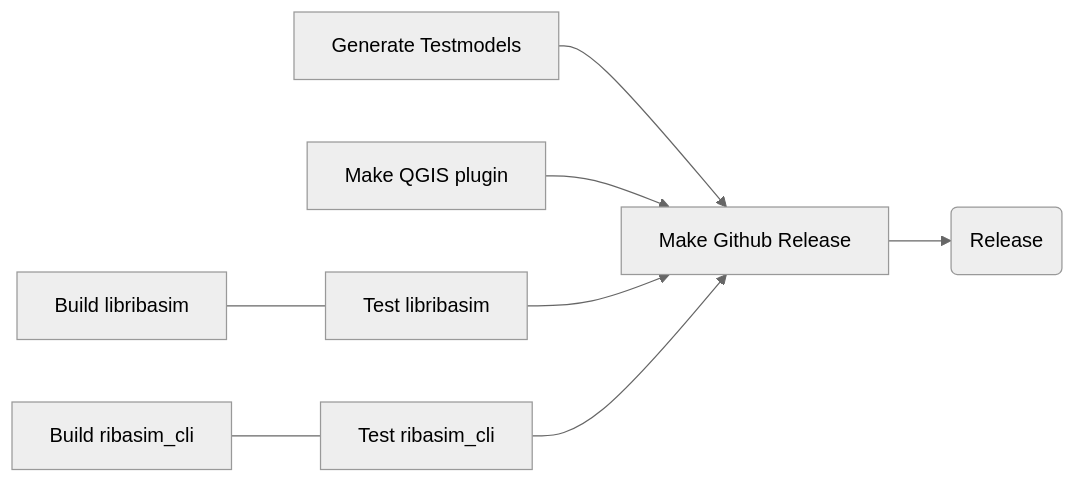
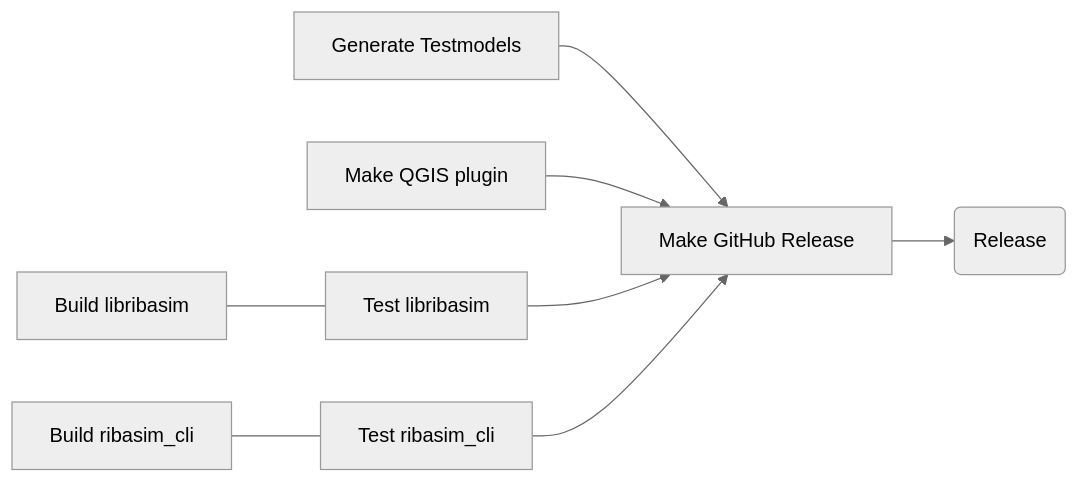
Before and after one commit to Deltares/Ribasim: the third of 3 diagrams in docs/contribute/ci.qmd, drawn with Mermaid (neutral theme). The commit also changed other lines of this file and 12 other files, not shown here.

````diff
--- a/docs/contribute/ci.qmd
+++ b/docs/contribute/ci.qmd
@@ -67,10 +67,10 @@
 ```{mermaid}
 graph LR
-    A[Make Github Release]-->B(Release)
+    A[Make GitHub Release]-->B(Release)
     F[Generate Testmodels]-->A
     G[Make QGIS plugin]-->A
     H[Build libribasim]---D[Test libribasim]
     D-->A
     C[Build ribasim_cli] --- E[Test ribasim_cli]
     E-->A
 ```
````
